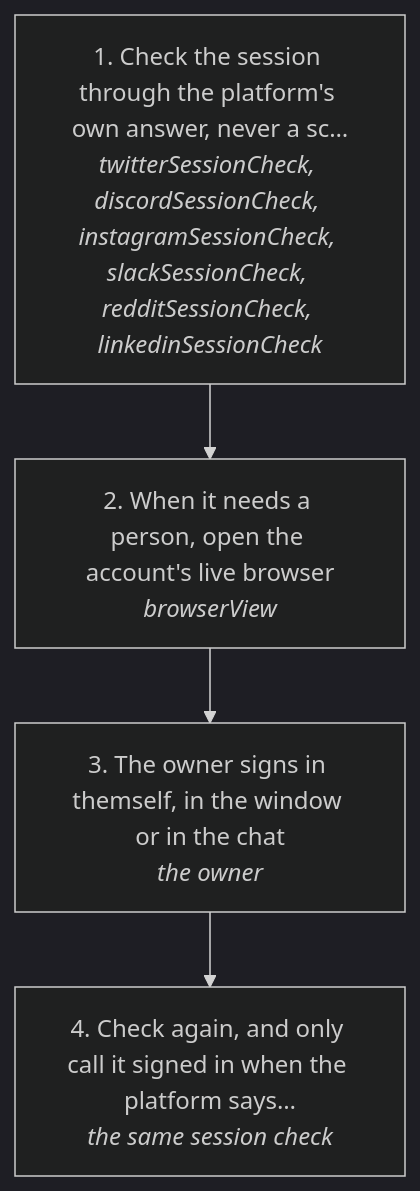
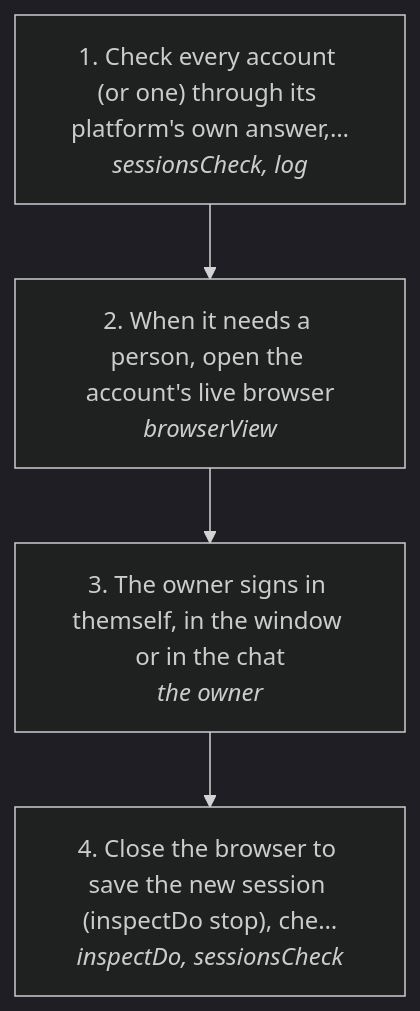
The diagram in docs/useCases/inbox/signIn.md (matthewdonsemail-lab/log), drawn with Mermaid (dark theme) before and after one commit. The commit also changed other lines of this file and 28 other files, not shown here.

First line of the commit message:
feat(sessions): one account check for the CLI, MCP and console

````diff
--- a/docs/useCases/inbox/signIn.md
+++ b/docs/useCases/inbox/signIn.md
@@ -14,10 +14,10 @@
 ```mermaid
 flowchart TD
-  s0["1. Check the session through the platform's own answer, never a sc…<br/><i>twitterSessionCheck, discordSessionCheck, instagramSessionCheck, slackSessionCheck, redditSessionCheck, linkedinSessionCheck</i>"]
+  s0["1. Check every account (or one) through its platform's own answer,…<br/><i>sessionsCheck, log</i>"]
   s1["2. When it needs a person, open the account's live browser<br/><i>browserView</i>"]
   s2["3. The owner signs in themself, in the window or in the chat<br/><i>the owner</i>"]
-  s3["4. Check again, and only call it signed in when the platform says…<br/><i>the same session check</i>"]
+  s3["4. Close the browser to save the new session (inspectDo stop), che…<br/><i>inspectDo, sessionsCheck</i>"]
   s0 --> s1
   s1 --> s2
   s2 --> s3
 ```
````
